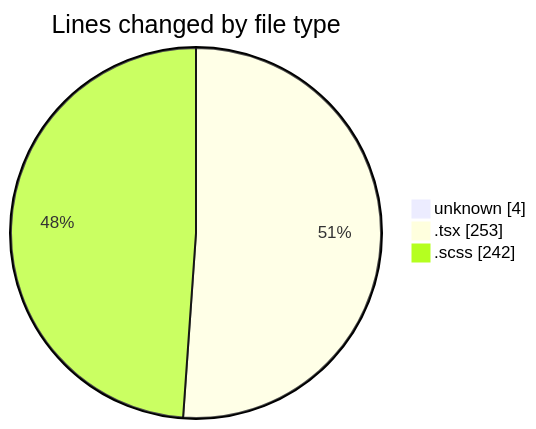
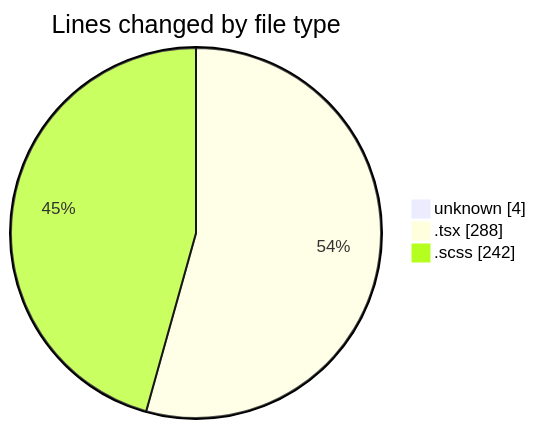
The first of 2 diagrams in 2025-02-14/cda/README.md (momahboobian/code-tracking), drawn with Mermaid before and after one commit. The commit also changed other lines of this file and 1 other file, not shown here.

````diff
--- a/2025-02-14/cda/README.md
+++ b/2025-02-14/cda/README.md
@@ -22,7 +22,7 @@
 ```mermaid
 pie showData
 title Lines changed by file type
 "unknown" : 4
-".tsx" : 253
+".tsx" : 288
 ".scss" : 242
 ```
````
